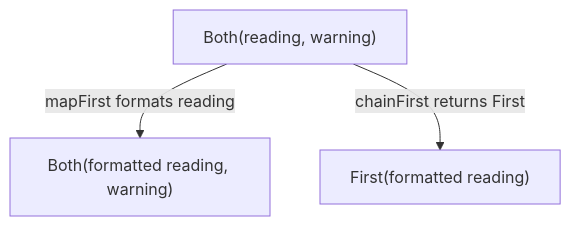
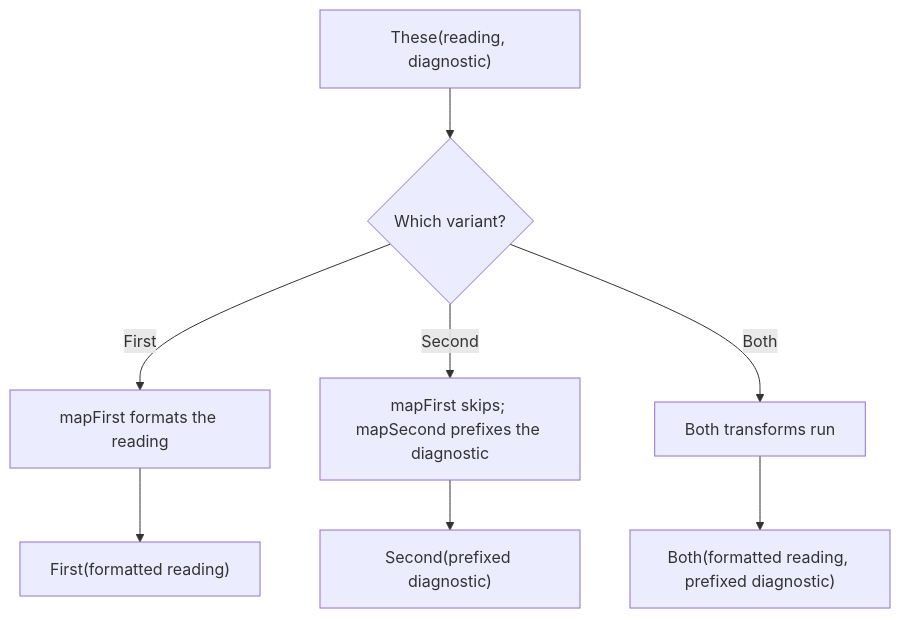
One commit to pplnd/core changed the diagram in docs/src/content/docs/guides/these.md. Above: the diagram before and after it, drawn with Mermaid. The commit also changed other lines of this file and 63 other files, not shown here.

````diff
--- a/docs/src/content/docs/guides/these.md
+++ b/docs/src/content/docs/guides/these.md
@@ -28,6 +43,10 @@
 ```mermaid
 flowchart TD
-  Input["Both(reading, warning)"]
-  Input -->|mapFirst formats reading| Mapped["Both(formatted reading, warning)"]
-  Input -->|chainFirst returns First| Chained["First(formatted reading)"]
+  Input["These(reading, diagnostic)"] --> Kind{"Which variant?"}
+  Kind -->|First| Format["mapFirst formats the reading"]
+  Kind -->|Second| KeepSecond["mapFirst skips; mapSecond prefixes the diagnostic"]
+  Kind -->|Both| FormatBoth["Both transforms run"]
+  Format --> First["First(formatted reading)"]
+  KeepSecond --> Second["Second(prefixed diagnostic)"]
+  FormatBoth --> Both["Both(formatted reading, prefixed diagnostic)"]
 ```
````
